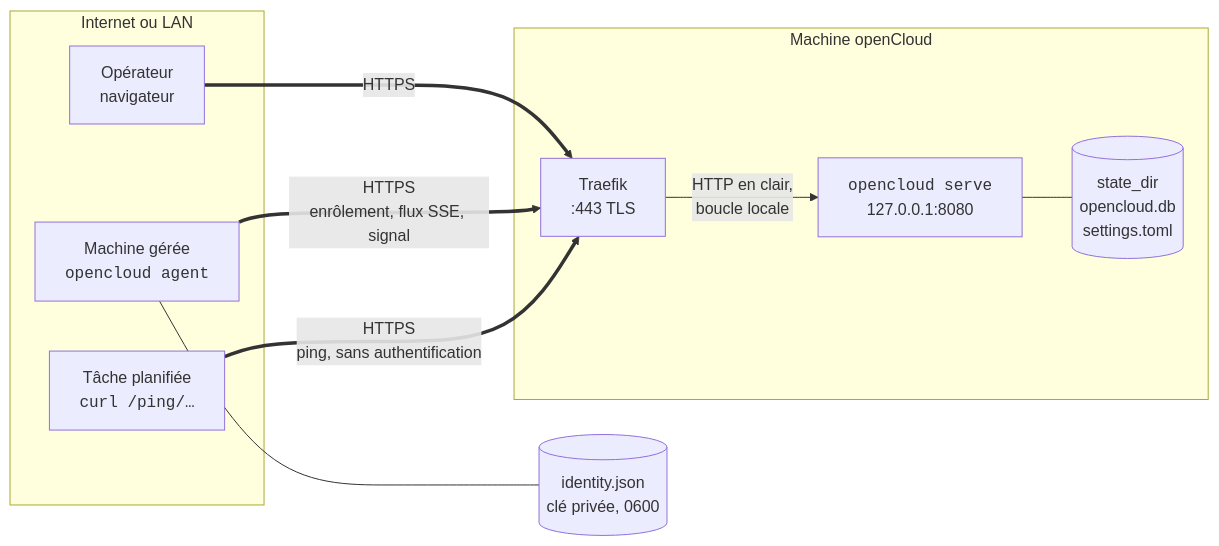
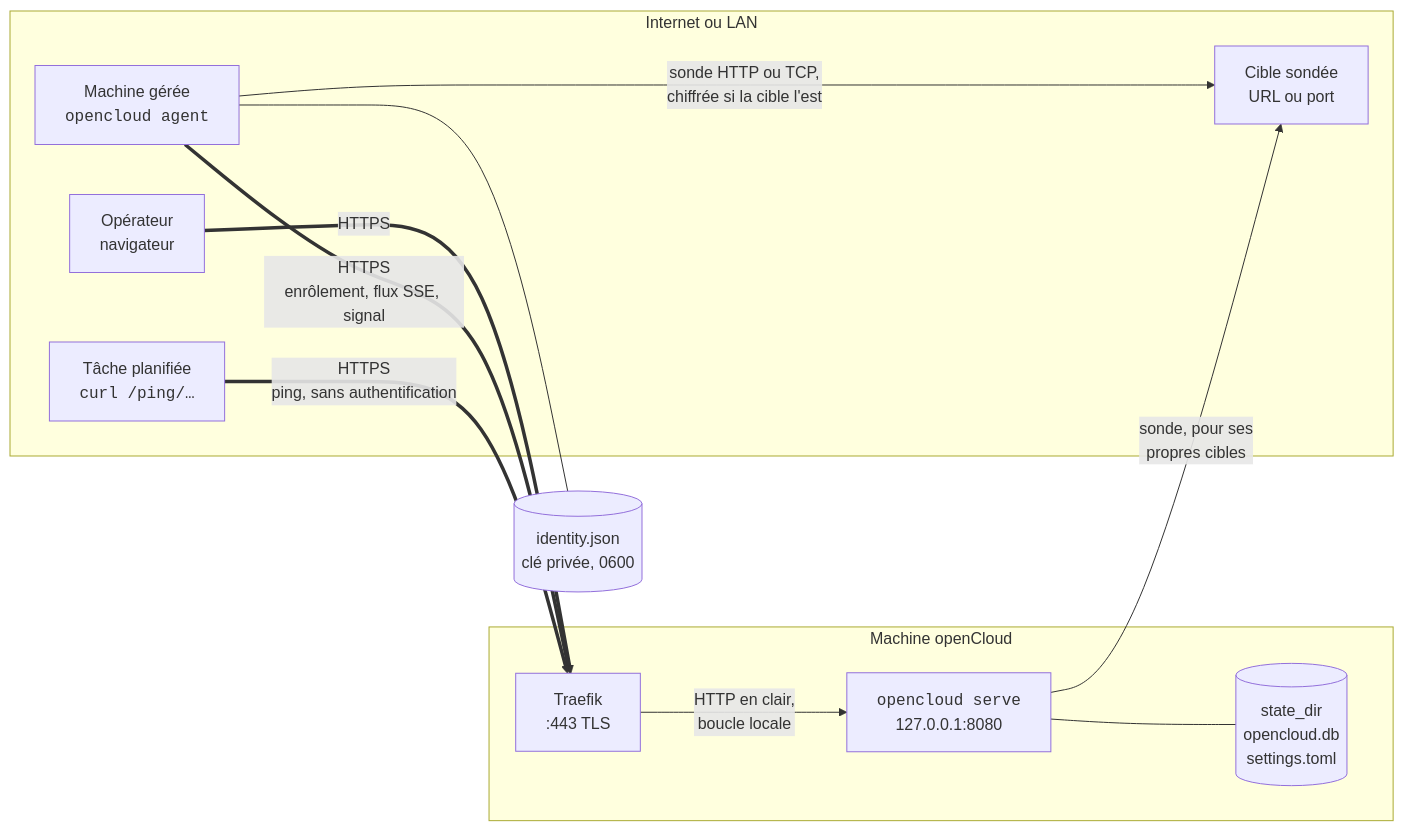
One commit to ldesfontaine/opencloud changed the diagram in docs/projet/22-fonctionnement.md. Above: the diagram before and after it, drawn with Mermaid. The commit also changed other lines of this file and 63 other files, not shown here.

Commit message:
feat(sondes): sondes HTTP et TCP portées par une machine, uptime et certificat vu

````diff
--- a/docs/projet/22-fonctionnement.md
+++ b/docs/projet/22-fonctionnement.md
@@ -23,19 +24,22 @@
 ```mermaid
 flowchart LR
     subgraph internet["Internet ou LAN"]
         op["Opérateur<br>navigateur"]
         ag["Machine gérée<br><code>opencloud agent</code>"]
         job["Tâche planifiée<br><code>curl /ping/…</code>"]
+        tgt["Cible sondée<br>URL ou port"]
     end
     subgraph oc["Machine openCloud"]
         tr["Traefik<br>:443 TLS"]
         srv["<code>opencloud serve</code><br>127.0.0.1:8080"]
         db[("state_dir<br>opencloud.db<br>settings.toml")]
         tr -- "HTTP en clair,<br>boucle locale" --> srv
         srv --- db
     end
     op == "HTTPS" ==> tr
     ag == "HTTPS<br>enrôlement, flux SSE, signal" ==> tr
     job == "HTTPS<br>ping, sans authentification" ==> tr
+    ag -- "sonde HTTP ou TCP,<br>chiffrée si la cible l'est" --> tgt
+    srv -- "sonde, pour ses<br>propres cibles" --> tgt
     ag --- id[("identity.json<br>clé privée, 0600")]
 ```
````
